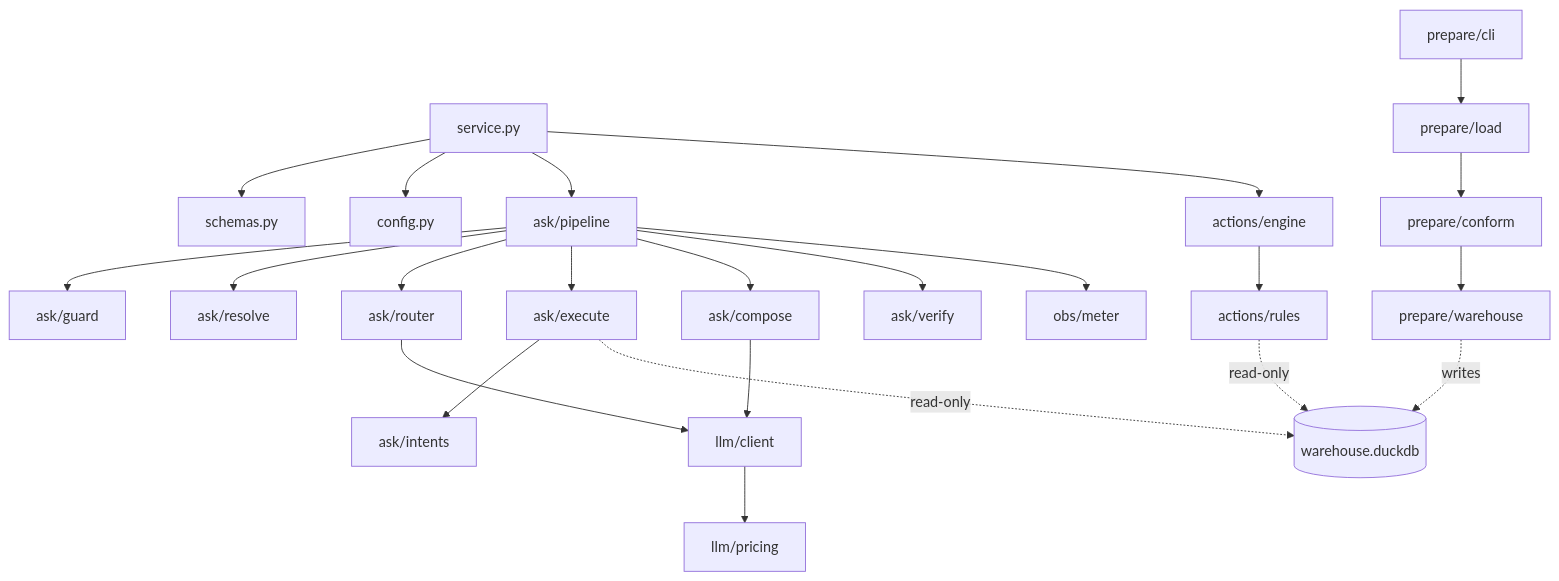
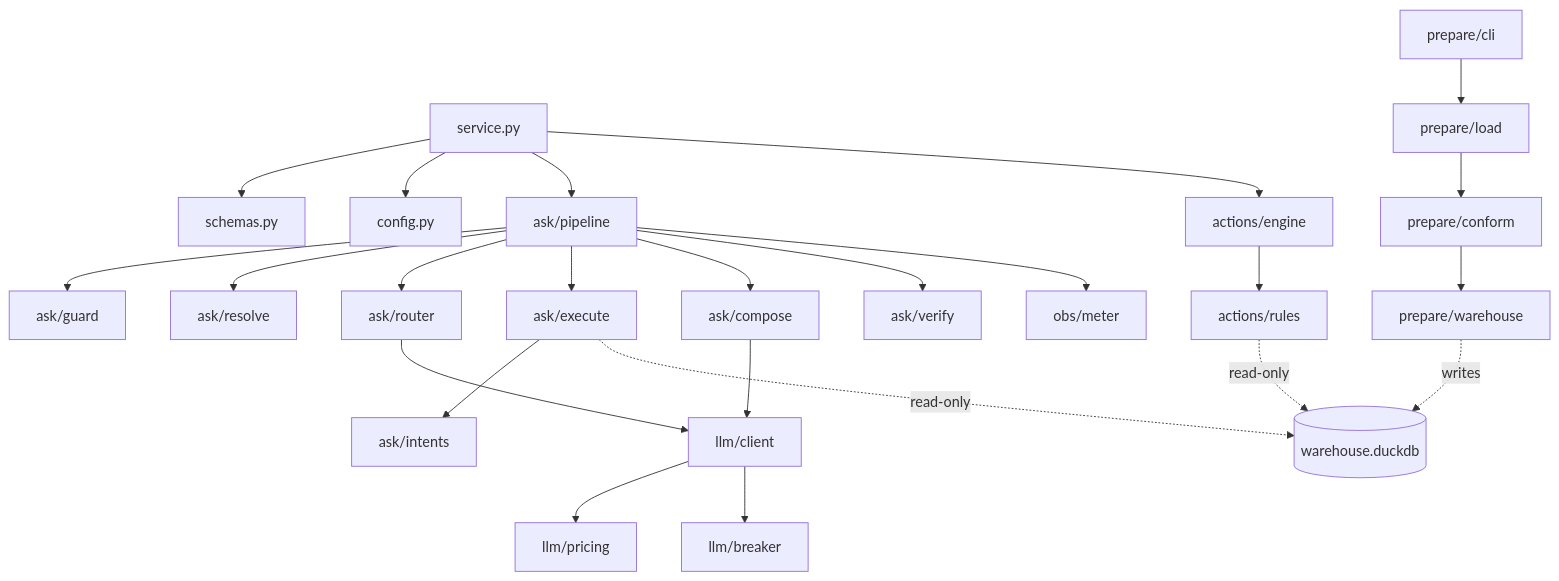
The eighth of 8 diagrams in DESIGN.md (ShahStavan/acpl-sales-assistant), drawn with Mermaid before and after one commit. The commit also changed other lines of this file and 2 other files, not shown here.

First line of the commit message:
docs: document the model chain, the breaker and what a degraded run reports

````diff
--- a/DESIGN.md
+++ b/DESIGN.md
@@ -558,13 +630,13 @@
 ```mermaid
 flowchart TD
     SVC["service.py"] --> SCH["schemas.py"] & CFG["config.py"]
     SVC --> PIPE["ask/pipeline"] & ENG["actions/engine"]
     PIPE --> GUARD["ask/guard"] & RES["ask/resolve"] & RT["ask/router"] & EXE["ask/execute"] & COMP["ask/compose"] & VER["ask/verify"]
     EXE --> INT["ask/intents"]
-    RT & COMP --> LLM["llm/client"] --> PRICE["llm/pricing"]
+    RT & COMP --> LLM["llm/client"] --> PRICE["llm/pricing"] & BRK["llm/breaker"]
     PIPE --> MET["obs/meter"]
     ENG --> RULES["actions/rules"]
     PREP["prepare/cli"] --> LOAD["prepare/load"] --> CONF["prepare/conform"] --> WH["prepare/warehouse"]
     WH -. writes .-> DB[("warehouse.duckdb")]
     EXE & RULES -. read-only .-> DB
 ```
````
